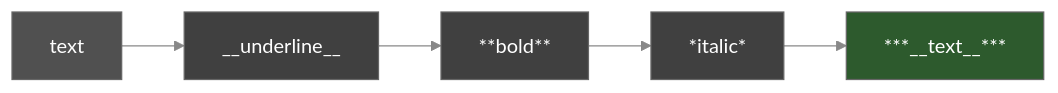
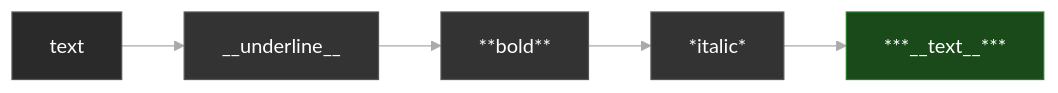
One commit to visionik/sedmat changed the third of 8 diagrams in README.md. Above: the diagram before and after it, drawn with Mermaid. The commit also changed other lines of this file, not shown here.

First line of the commit message:
style: update Mermaid diagrams with darker theme

````diff
--- a/README.md
+++ b/README.md
@@ -164,11 +164,11 @@
 ```mermaid
-%%{init: {'theme': 'base', 'themeVariables': { 'primaryColor': '#404040', 'primaryTextColor': '#ffffff', 'primaryBorderColor': '#666666', 'lineColor': '#888888', 'secondaryColor': '#505050', 'tertiaryColor': '#333333', 'background': '#1a1a1a' }}}%%
+%%{init: {'theme': 'base', 'themeVariables': { 'primaryColor': '#333333', 'primaryTextColor': '#ffffff', 'primaryBorderColor': '#555555', 'lineColor': '#aaaaaa', 'secondaryColor': '#2a2a2a', 'tertiaryColor': '#222222', 'background': '#111111', 'edgeLabelBackground': '#222222' }}}%%
 graph LR
     TEXT[text] --> U["__underline__"]
     U --> B["**bold**"]
     B --> I["*italic*"]
     I --> FINAL["***__text__***"]
     
-    style TEXT fill:#505050,color:#ffffff
-    style FINAL fill:#2d5a2d,color:#ffffff
+    style TEXT fill:#2a2a2a,color:#ffffff,stroke:#555555
+    style FINAL fill:#1a4a1a,color:#ffffff,stroke:#2a7a2a
 ```
````
